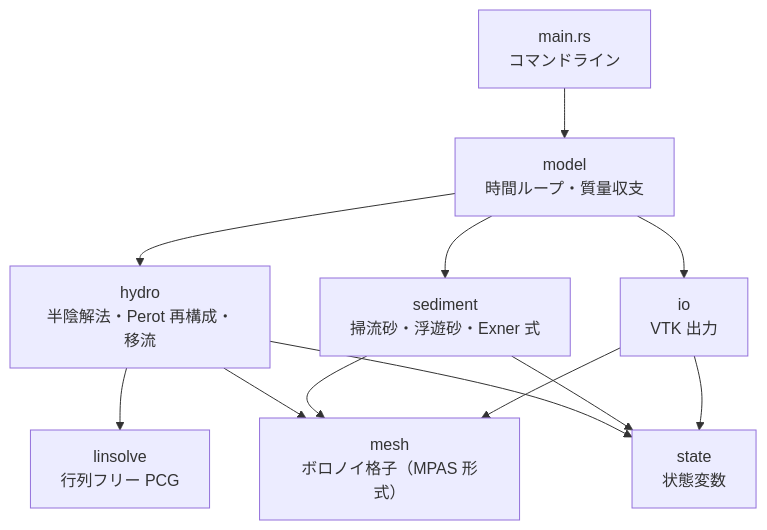
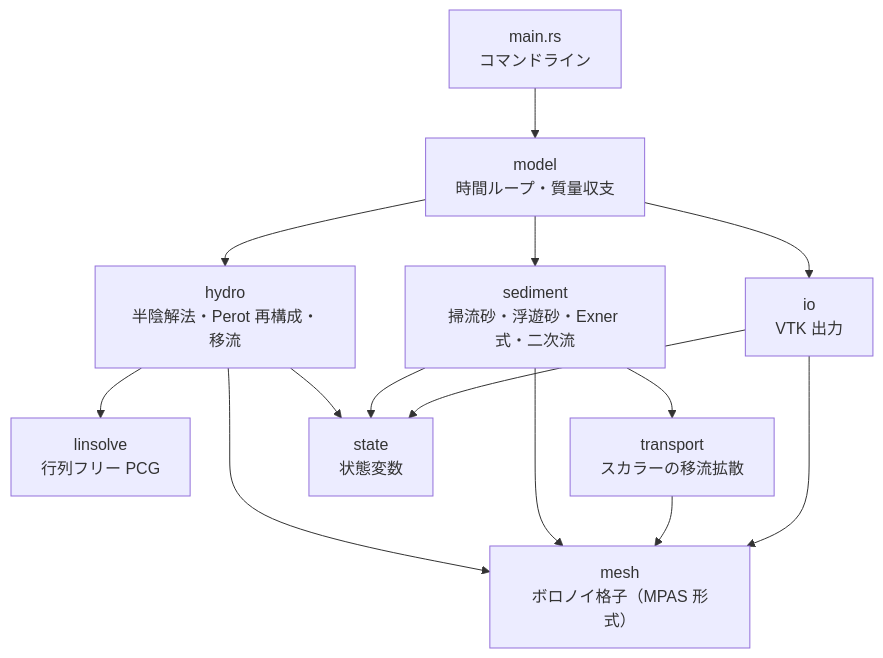
Before and after one commit to yonaka-git/vormorph: the first of 2 diagrams in README.md, drawn with Mermaid. The commit also changed other lines of this file and 19 other files, not shown here.

First line of the commit message:
feat(sediment): turn the bedload towards the inner bank with a secondary flow model

````diff
--- a/README.md
+++ b/README.md
@@ -52,23 +52,26 @@
 ```mermaid
 flowchart TD
     main["main.rs<br/>コマンドライン"]
     model["model<br/>時間ループ・質量収支"]
     hydro["hydro<br/>半陰解法・Perot 再構成・移流"]
     linsolve["linsolve<br/>行列フリー PCG"]
-    sediment["sediment<br/>掃流砂・浮遊砂・Exner 式"]
+    sediment["sediment<br/>掃流砂・浮遊砂・Exner 式・二次流"]
+    transport["transport<br/>スカラーの移流拡散"]
     io["io<br/>VTK 出力"]
     mesh["mesh<br/>ボロノイ格子（MPAS 形式）"]
     state["state<br/>状態変数"]
 
     main --> model
     model --> hydro
     model --> sediment
     model --> io
     hydro --> linsolve
     hydro --> mesh
     hydro --> state
+    sediment --> transport
     sediment --> mesh
+    transport --> mesh
     sediment --> state
     io --> mesh
     io --> state
 ```
````
